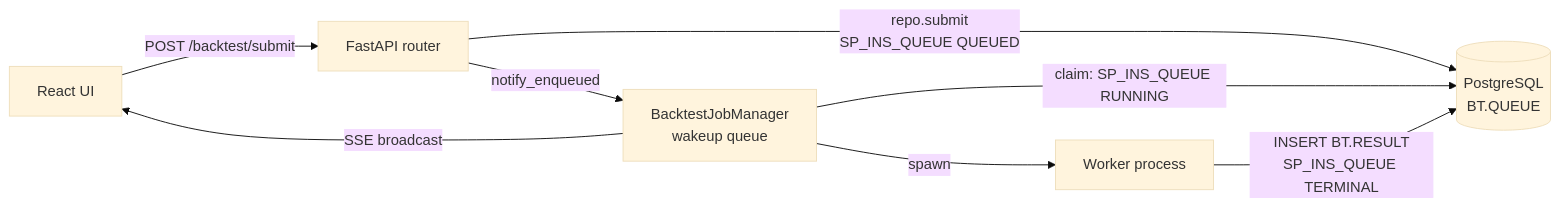
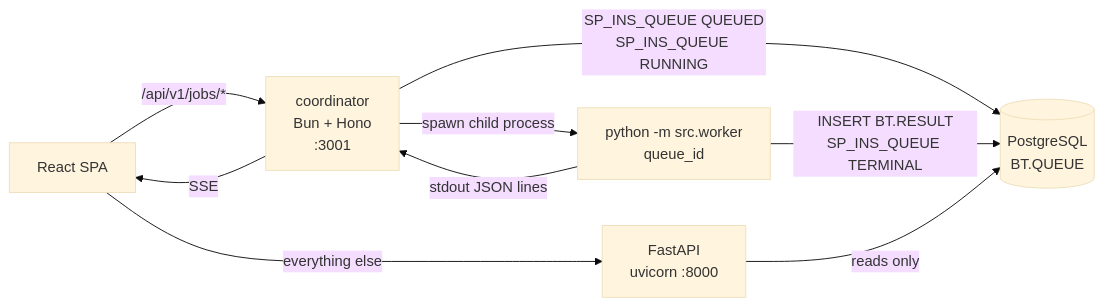
One commit to alfred1123/Quant_Strategies changed the diagram in docs/design/backtest-queue.md. Above: the diagram before and after it, drawn with Mermaid (base theme). The commit also changed other lines of this file and 4 other files, not shown here.

````diff
--- a/docs/design/backtest-queue.md
+++ b/docs/design/backtest-queue.md
@@ -89,10 +93,11 @@
 ```mermaid
 flowchart LR
-    UI[React UI] -->|POST /backtest/submit| API[FastAPI router]
-    API -->|repo.submit<br/>SP_INS_QUEUE QUEUED| DB[(PostgreSQL<br/>BT.QUEUE)]
-    API -->|notify_enqueued| Mgr[BacktestJobManager<br/>wakeup queue]
-    Mgr -->|claim: SP_INS_QUEUE RUNNING| DB
-    Mgr -->|spawn| Worker[Worker process]
+    UI[React SPA] -->|/api/v1/jobs/*| Coord[coordinator<br/>Bun + Hono<br/>:3001]
+    UI -->|everything else| FA[FastAPI<br/>uvicorn :8000]
+    Coord -->|SP_INS_QUEUE QUEUED<br/>SP_INS_QUEUE RUNNING| DB[(PostgreSQL<br/>BT.QUEUE)]
+    Coord -->|spawn child process| Worker[python -m src.worker<br/>queue_id]
+    Worker -->|stdout JSON lines| Coord
     Worker -->|INSERT BT.RESULT<br/>SP_INS_QUEUE TERMINAL| DB
-    Mgr -->|SSE broadcast| UI
+    FA -->|reads only| DB
+    Coord -->|SSE| UI
 ```
````
